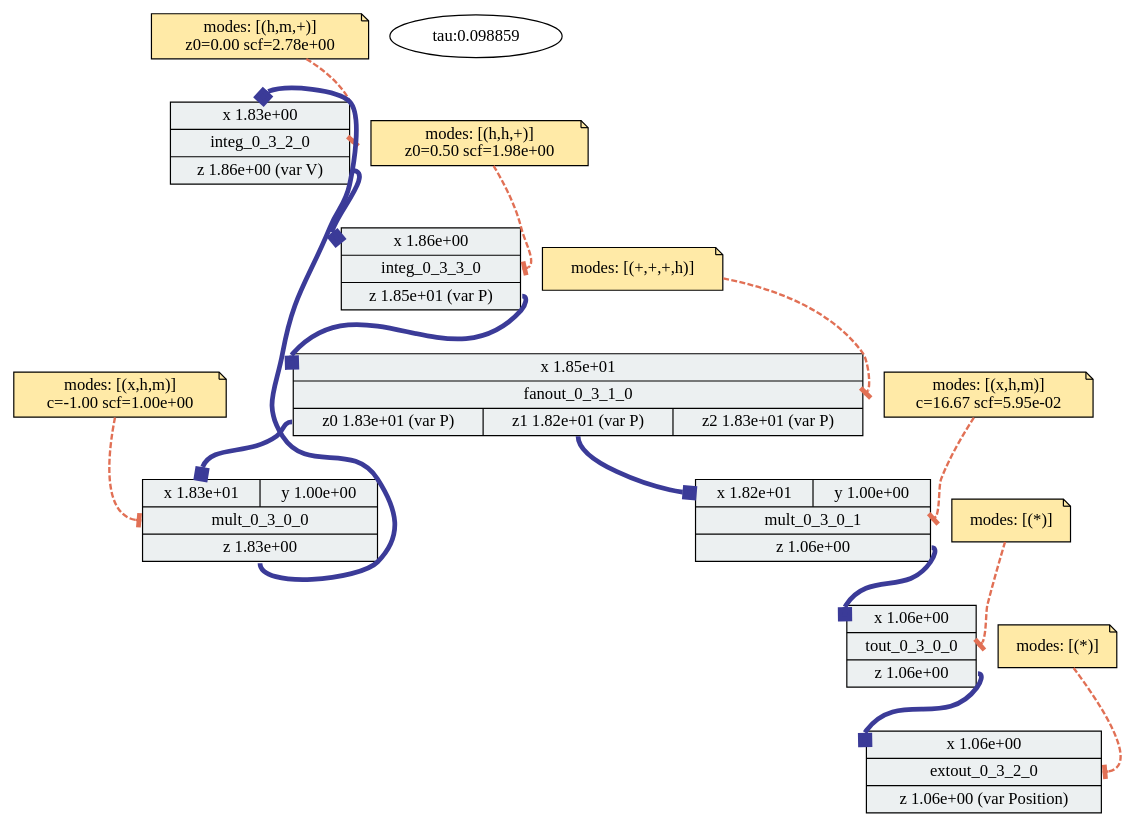
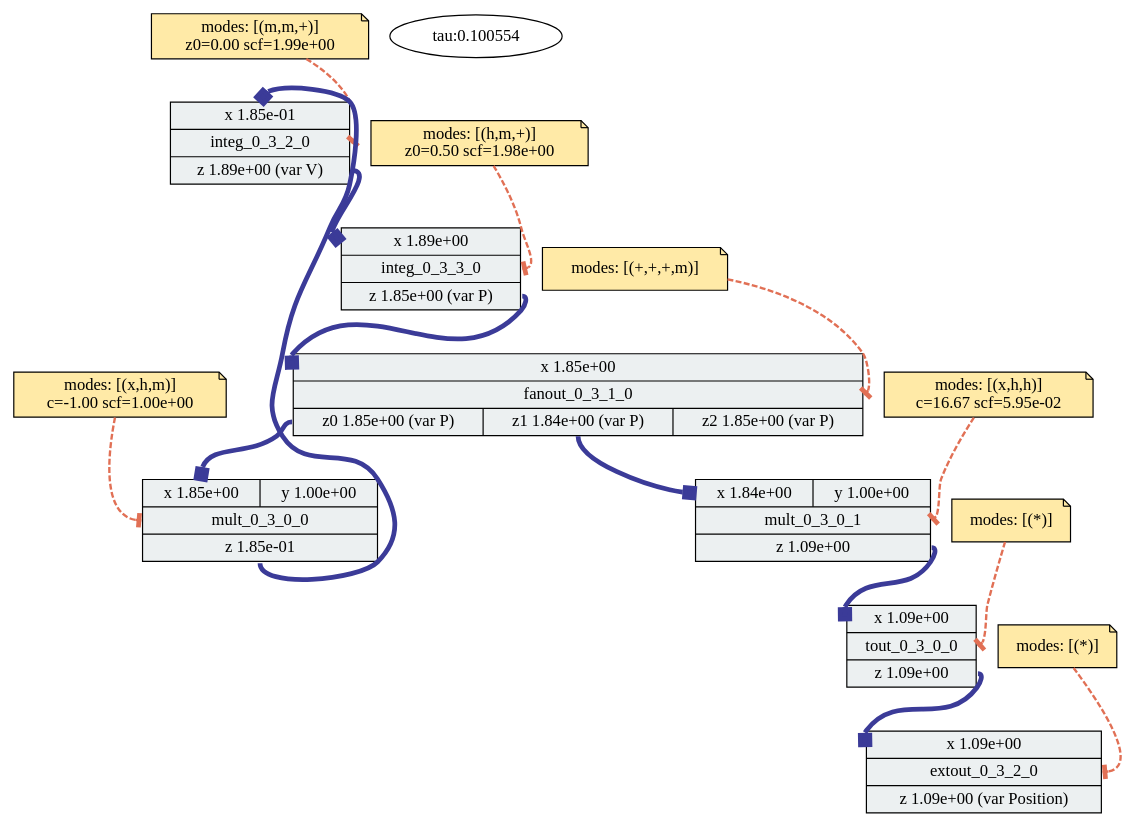
The diagram in c2/outputs/legno/unrestricted/cos/lscale-diag/cos_g1_s9_phys_qty_best_c2.dot (sarachour/hcdc-characterization-data), drawn with Graphviz before and after one commit. The commit also changed 268 other files, not shown here.

```diff
--- a/c2/outputs/legno/unrestricted/cos/lscale-diag/cos_g1_s9_phys_qty_best_c2.dot
+++ b/c2/outputs/legno/unrestricted/cos/lscale-diag/cos_g1_s9_phys_qty_best_c2.dot
@@ -1,67 +1,67 @@
 digraph "adp-viz" {
 	graph [overlap=false splines=true]
 	shape=record
 	integ_0_3_2_0 [label="{{<x> x
- 1.83e+00} |<block> integ_0_3_2_0| {<z> z
- 1.86e+00
+ 1.85e-01} |<block> integ_0_3_2_0| {<z> z
+ 1.89e+00
  (var V)}}" fillcolor="#ecf0f1" shape=record style=filled]
-	"integ_0_3_2_0-config" [label="\modes: [(h,m,+)]
-z0=0.00 scf=2.78e+00" fillcolor="#ffeaa7" shape=note style=filled]
+	"integ_0_3_2_0-config" [label="\modes: [(m,m,+)]
+z0=0.00 scf=1.99e+00" fillcolor="#ffeaa7" shape=note style=filled]
 	"integ_0_3_2_0-config" -> integ_0_3_2_0:block [arrowhead=tee arrowtail=normal color="#e17055" penwidth=2 style=dashed]
 	shape=record
 	integ_0_3_3_0 [label="{{<x> x
- 1.86e+00} |<block> integ_0_3_3_0| {<z> z
- 1.85e+01
+ 1.89e+00} |<block> integ_0_3_3_0| {<z> z
+ 1.85e+00
  (var P)}}" fillcolor="#ecf0f1" shape=record style=filled]
-	"integ_0_3_3_0-config" [label="\modes: [(h,h,+)]
+	"integ_0_3_3_0-config" [label="\modes: [(h,m,+)]
 z0=0.50 scf=1.98e+00" fillcolor="#ffeaa7" shape=note style=filled]
 	"integ_0_3_3_0-config" -> integ_0_3_3_0:block [arrowhead=tee arrowtail=normal color="#e17055" penwidth=2 style=dashed]
 	shape=record
 	mult_0_3_0_0 [label="{{<x> x
- 1.83e+01|<y> y
+ 1.85e+00|<y> y
  1.00e+00} |<block> mult_0_3_0_0| {<z> z
- 1.83e+00}}" fillcolor="#ecf0f1" shape=record style=filled]
+ 1.85e-01}}" fillcolor="#ecf0f1" shape=record style=filled]
 	"mult_0_3_0_0-config" [label="\modes: [(x,h,m)]
 c=-1.00 scf=1.00e+00" fillcolor="#ffeaa7" shape=note style=filled]
 	"mult_0_3_0_0-config" -> mult_0_3_0_0:block [arrowhead=tee arrowtail=normal color="#e17055" penwidth=2 style=dashed]
 	shape=record
 	mult_0_3_0_1 [label="{{<x> x
- 1.82e+01|<y> y
+ 1.84e+00|<y> y
  1.00e+00} |<block> mult_0_3_0_1| {<z> z
- 1.06e+00}}" fillcolor="#ecf0f1" shape=record style=filled]
-	"mult_0_3_0_1-config" [label="\modes: [(x,h,m)]
+ 1.09e+00}}" fillcolor="#ecf0f1" shape=record style=filled]
+	"mult_0_3_0_1-config" [label="\modes: [(x,h,h)]
 c=16.67 scf=5.95e-02" fillcolor="#ffeaa7" shape=note style=filled]
 	"mult_0_3_0_1-config" -> mult_0_3_0_1:block [arrowhead=tee arrowtail=normal color="#e17055" penwidth=2 style=dashed]
 	shape=record
 	extout_0_3_2_0 [label="{{<x> x
- 1.06e+00} |<block> extout_0_3_2_0| {<z> z
- 1.06e+00
+ 1.09e+00} |<block> extout_0_3_2_0| {<z> z
+ 1.09e+00
  (var Position)}}" fillcolor="#ecf0f1" shape=record style=filled]
 	"extout_0_3_2_0-config" [label="\modes: [(*)]" fillcolor="#ffeaa7" shape=note style=filled]
 	"extout_0_3_2_0-config" -> extout_0_3_2_0:block [arrowhead=tee arrowtail=normal color="#e17055" penwidth=2 style=dashed]
 	shape=record
 	fanout_0_3_1_0 [label="{{<x> x
- 1.85e+01} |<block> fanout_0_3_1_0| {<z0> z0
- 1.83e+01
+ 1.85e+00} |<block> fanout_0_3_1_0| {<z0> z0
+ 1.85e+00
  (var P)|<z1> z1
- 1.82e+01
+ 1.84e+00
  (var P)|<z2> z2
- 1.83e+01
+ 1.85e+00
  (var P)}}" fillcolor="#ecf0f1" shape=record style=filled]
-	"fanout_0_3_1_0-config" [label="\modes: [(+,+,+,h)]" fillcolor="#ffeaa7" shape=note style=filled]
+	"fanout_0_3_1_0-config" [label="\modes: [(+,+,+,m)]" fillcolor="#ffeaa7" shape=note style=filled]
 	"fanout_0_3_1_0-config" -> fanout_0_3_1_0:block [arrowhead=tee arrowtail=normal color="#e17055" penwidth=2 style=dashed]
 	shape=record
 	tout_0_3_0_0 [label="{{<x> x
- 1.06e+00} |<block> tout_0_3_0_0| {<z> z
- 1.06e+00}}" fillcolor="#ecf0f1" shape=record style=filled]
+ 1.09e+00} |<block> tout_0_3_0_0| {<z> z
+ 1.09e+00}}" fillcolor="#ecf0f1" shape=record style=filled]
 	"tout_0_3_0_0-config" [label="\modes: [(*)]" fillcolor="#ffeaa7" shape=note style=filled]
 	"tout_0_3_0_0-config" -> tout_0_3_0_0:block [arrowhead=tee arrowtail=normal color="#e17055" penwidth=2 style=dashed]
 	mult_0_3_0_0:z -> integ_0_3_2_0:x [arrowhead=box arrowtail=normal color="#3B3B98" penwidth=4]
 	mult_0_3_0_1:z -> tout_0_3_0_0:x [arrowhead=box arrowtail=normal color="#3B3B98" penwidth=4]
 	tout_0_3_0_0:z -> extout_0_3_2_0:x [arrowhead=box arrowtail=normal color="#3B3B98" penwidth=4]
 	integ_0_3_3_0:z -> fanout_0_3_1_0:x [arrowhead=box arrowtail=normal color="#3B3B98" penwidth=4]
 	fanout_0_3_1_0:z0 -> mult_0_3_0_0:x [arrowhead=box arrowtail=normal color="#3B3B98" penwidth=4]
 	fanout_0_3_1_0:z1 -> mult_0_3_0_1:x [arrowhead=box arrowtail=normal color="#3B3B98" penwidth=4]
 	integ_0_3_2_0:z -> integ_0_3_3_0:x [arrowhead=box arrowtail=normal color="#3B3B98" penwidth=4]
-	time_const [label="tau:0.098859"]
+	time_const [label="tau:0.100554"]
 }
```
